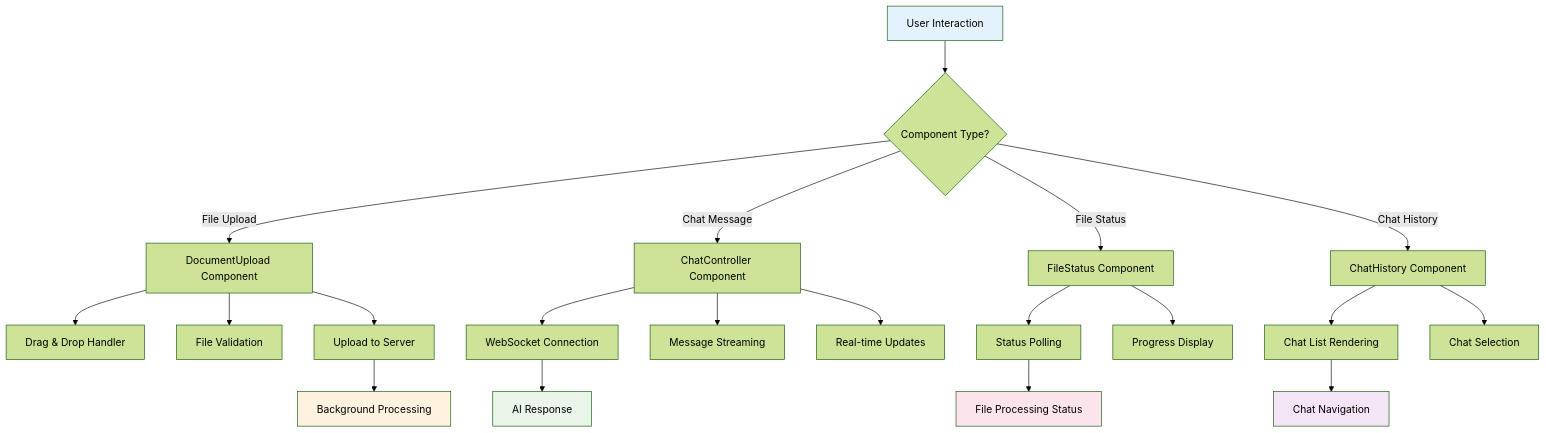
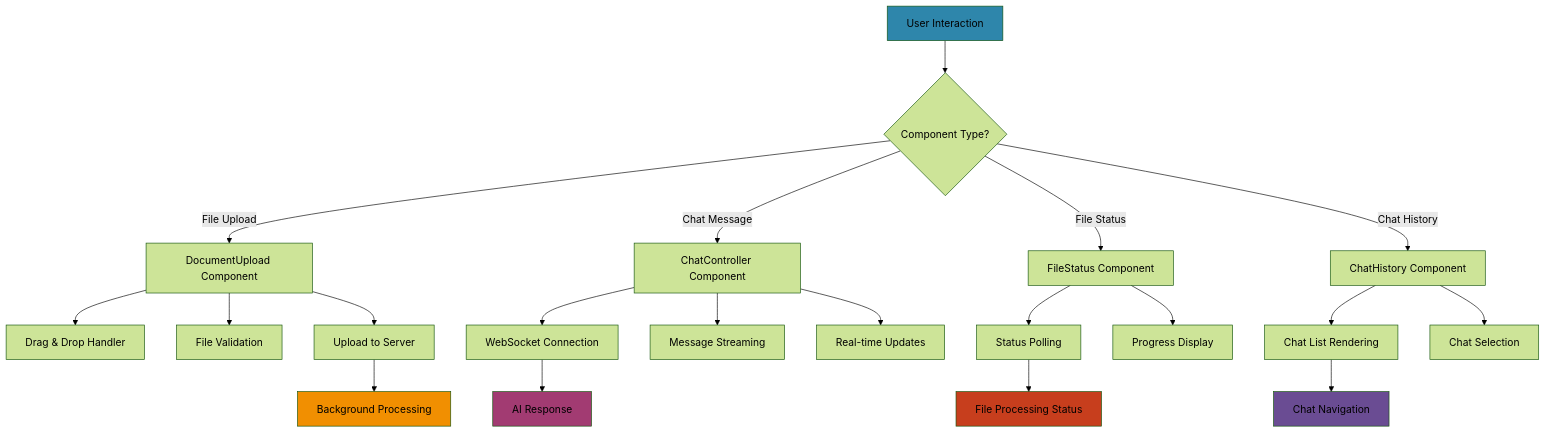
One commit to Blessan-Alex/redbox-v2 changed diagram 11 of 12 in knowledge-bank/django-app-service-audit.md. Above: the diagram before and after it, drawn with Mermaid (forest theme). The commit also changed other lines of this file, not shown here.

Commit message:
fixing django app audit file diagram errors

````diff
--- a/knowledge-bank/django-app-service-audit.md
+++ b/knowledge-bank/django-app-service-audit.md
@@ -865,34 +900,34 @@
 ```mermaid
 flowchart TD
-    A[User Interaction] --> B{Component Type?}
+    A["User Interaction"] --> B{"Component Type?"}
     
-    B -->|File Upload| C[DocumentUpload Component]
-    B -->|Chat Message| D[ChatController Component]
-    B -->|File Status| E[FileStatus Component]
-    B -->|Chat History| F[ChatHistory Component]
+    B -->|"File Upload"| C["DocumentUpload Component"]
+    B -->|"Chat Message"| D["ChatController Component"]
+    B -->|"File Status"| E["FileStatus Component"]
+    B -->|"Chat History"| F["ChatHistory Component"]
     
-    C --> G[Drag & Drop Handler]
-    C --> H[File Validation]
-    C --> I[Upload to Server]
+    C --> G["Drag & Drop Handler"]
+    C --> H["File Validation"]
+    C --> I["Upload to Server"]
     
-    D --> J[WebSocket Connection]
-    D --> K[Message Streaming]
-    D --> L[Real-time Updates]
+    D --> J["WebSocket Connection"]
+    D --> K["Message Streaming"]
+    D --> L["Real-time Updates"]
     
-    E --> M[Status Polling]
-    E --> N[Progress Display]
+    E --> M["Status Polling"]
+    E --> N["Progress Display"]
     
-    F --> O[Chat List Rendering]
-    F --> P[Chat Selection]
+    F --> O["Chat List Rendering"]
+    F --> P["Chat Selection"]
     
-    I --> Q[Background Processing]
-    J --> R[AI Response]
-    M --> S[File Processing Status]
-    O --> T[Chat Navigation]
+    I --> Q["Background Processing"]
+    J --> R["AI Response"]
+    M --> S["File Processing Status"]
+    O --> T["Chat Navigation"]
     
-    style A fill:#e3f2fd
-    style Q fill:#fff3e0
-    style R fill:#e8f5e8
-    style S fill:#fce4ec
-    style T fill:#f3e5f5
+    style A fill:#2E86AB
+    style Q fill:#F18F01
+    style R fill:#A23B72
+    style S fill:#C73E1D
+    style T fill:#6A4C93
 ```
````
